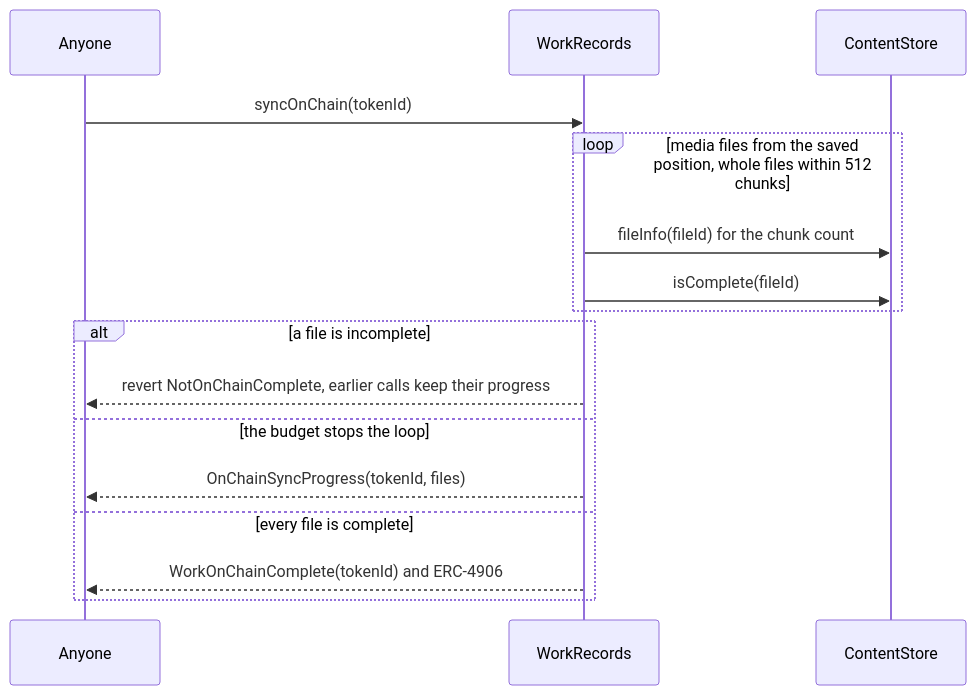
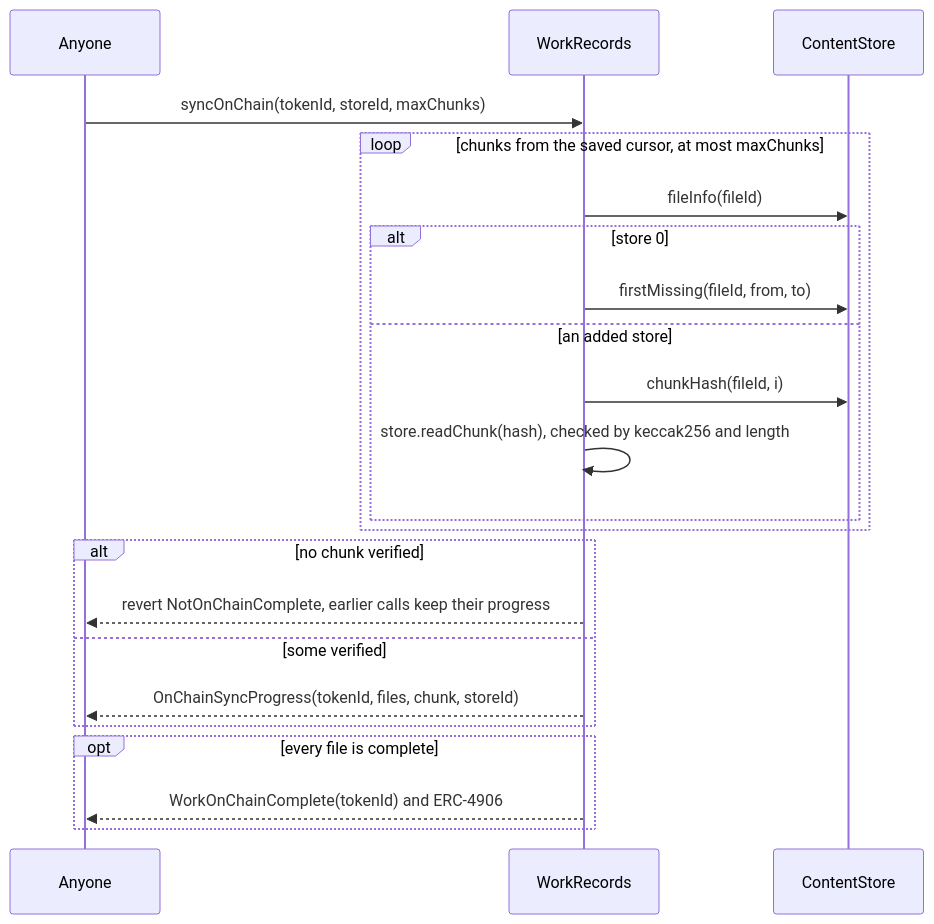
Before and after one commit to 6529-Collections/6529-works: the tenth of 10 diagrams in docs/spec/works-and-storage.md, drawn with Mermaid. The commit also changed other lines of this file and 42 other files, not shown here.

First line of the commit message:
WorkRecords: replaceable delivery, chunk cursor, store set, third power, events

````diff
--- a/docs/spec/works-and-storage.md
+++ b/docs/spec/works-and-storage.md
@@ -413,18 +439,24 @@
 ```mermaid
 sequenceDiagram
     participant A as Anyone
     participant WR as WorkRecords
     participant CS as ContentStore
-    A->>WR: syncOnChain(tokenId)
-    loop media files from the saved position, whole files within 512 chunks
-        WR->>CS: fileInfo(fileId) for the chunk count
-        WR->>CS: isComplete(fileId)
+    A->>WR: syncOnChain(tokenId, storeId, maxChunks)
+    loop chunks from the saved cursor, at most maxChunks
+        WR->>CS: fileInfo(fileId)
+        alt store 0
+            WR->>CS: firstMissing(fileId, from, to)
+        else an added store
+            WR->>CS: chunkHash(fileId, i)
+            WR->>WR: store.readChunk(hash), checked by keccak256 and length
+        end
     end
-    alt a file is incomplete
+    alt no chunk verified
         WR-->>A: revert NotOnChainComplete, earlier calls keep their progress
-    else the budget stops the loop
-        WR-->>A: OnChainSyncProgress(tokenId, files)
-    else every file is complete
+    else some verified
+        WR-->>A: OnChainSyncProgress(tokenId, files, chunk, storeId)
+    end
+    opt every file is complete
         WR-->>A: WorkOnChainComplete(tokenId) and ERC-4906
     end
 ```
````
